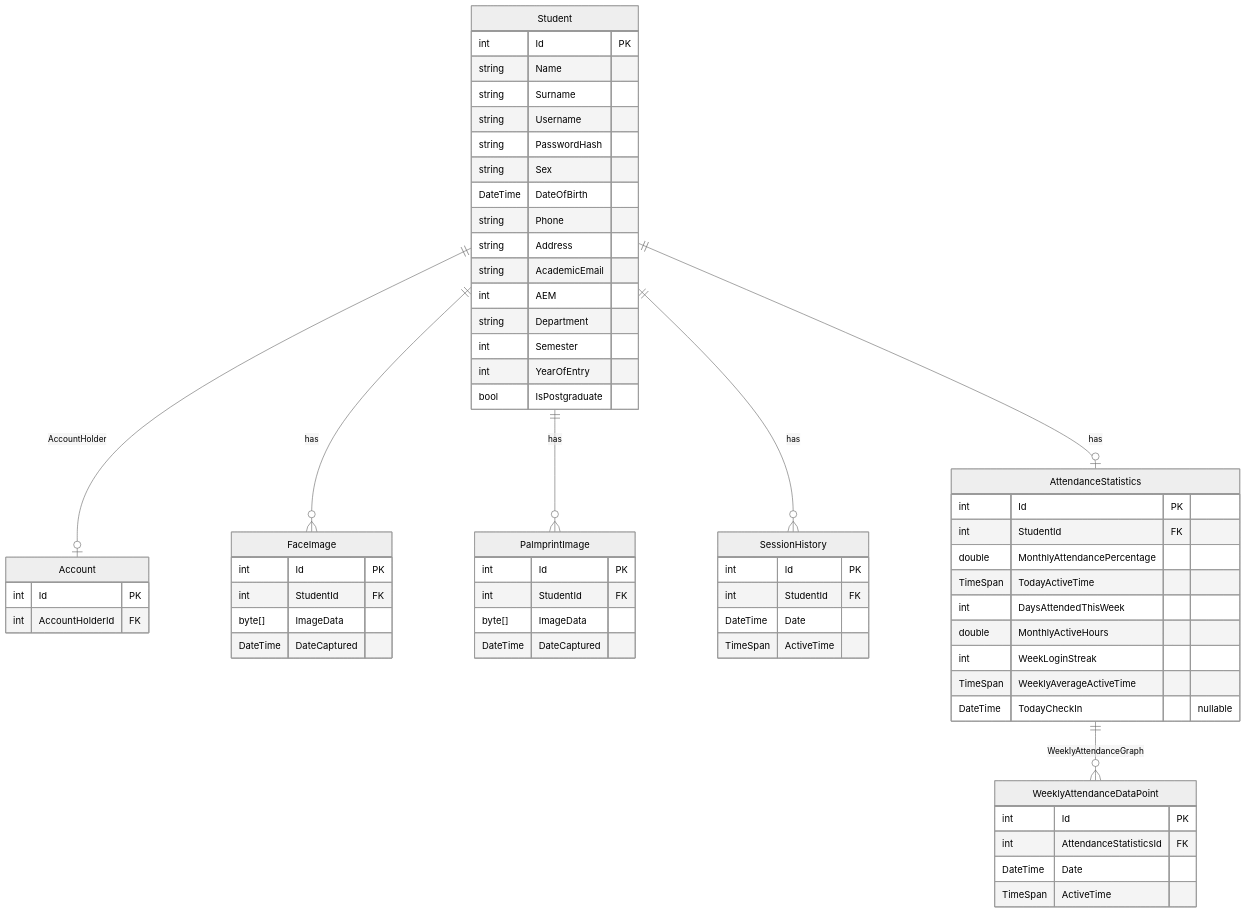
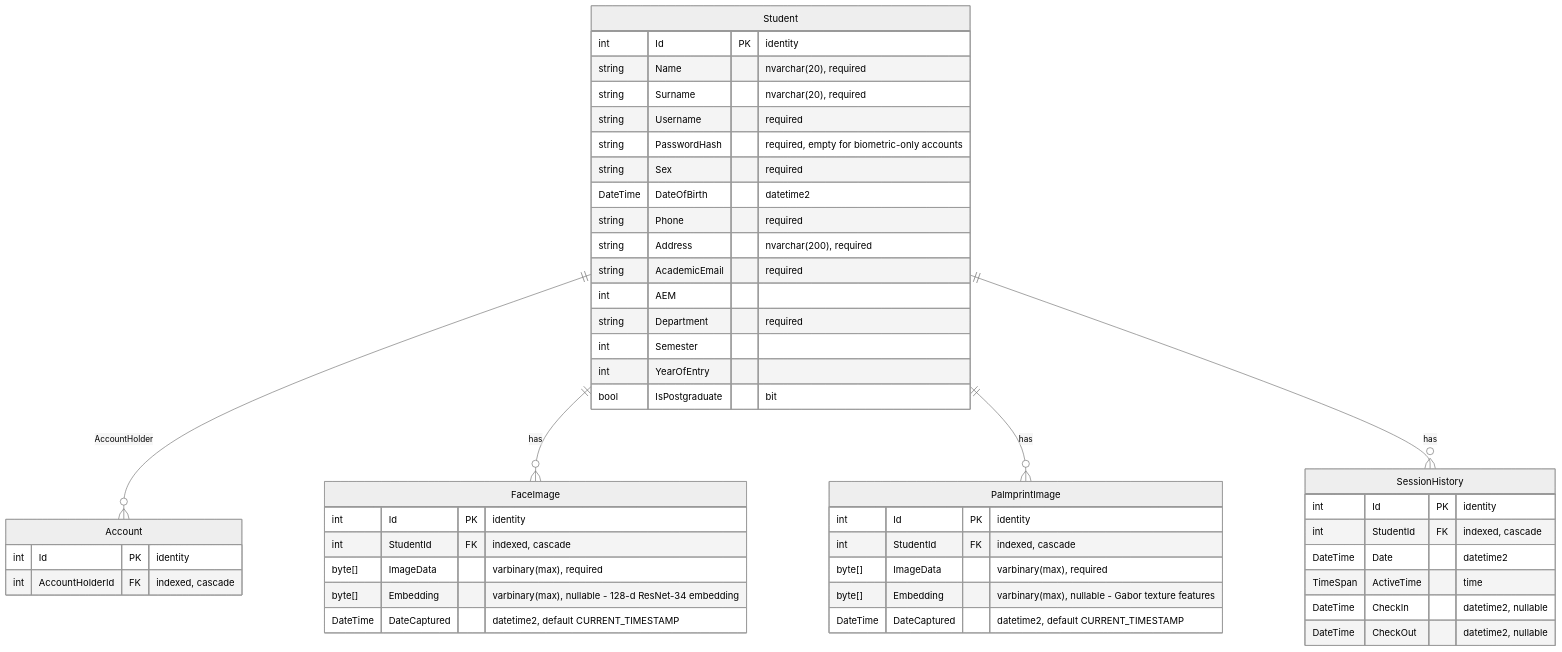
One commit to AristotelisPallasidis/AristotelisThesis changed the first of 2 diagrams in AristotelisThesis.Domain/ERD_README.md. Above: the diagram before and after it, drawn with Mermaid (neutral theme). The commit also changed other lines of this file and 6 other files, not shown here.

````diff
--- a/AristotelisThesis.Domain/ERD_README.md
+++ b/AristotelisThesis.Domain/ERD_README.md
@@ -7,72 +16,55 @@
 ```mermaid
 erDiagram
     Student {
-        int Id PK
-        string Name
-        string Surname
-        string Username
-        string PasswordHash
-        string Sex
-        DateTime DateOfBirth
-        string Phone
-        string Address
-        string AcademicEmail
+        int Id PK "identity"
+        string Name "nvarchar(20), required"
+        string Surname "nvarchar(20), required"
+        string Username "required"
+        string PasswordHash "required, empty for biometric-only accounts"
+        string Sex "required"
+        DateTime DateOfBirth "datetime2"
+        string Phone "required"
+        string Address "nvarchar(200), required"
+        string AcademicEmail "required"
         int AEM
-        string Department
+        string Department "required"
         int Semester
         int YearOfEntry
-        bool IsPostgraduate
+        bool IsPostgraduate "bit"
     }
 
     Account {
-        int Id PK
-        int AccountHolderId FK
+        int Id PK "identity"
+        int AccountHolderId FK "indexed, cascade"
     }
 
     FaceImage {
-        int Id PK
-        int StudentId FK
-        byte[] ImageData
-        DateTime DateCaptured
+        int Id PK "identity"
+        int StudentId FK "indexed, cascade"
+        byte[] ImageData "varbinary(max), required"
+        byte[] Embedding "varbinary(max), nullable - 128-d ResNet-34 embedding"
+        DateTime DateCaptured "datetime2, default CURRENT_TIMESTAMP"
     }
 
     PalmprintImage {
-        int Id PK
-        int StudentId FK
-        byte[] ImageData
-        DateTime DateCaptured
+        int Id PK "identity"
+        int StudentId FK "indexed, cascade"
+        byte[] ImageData "varbinary(max), required"
+        byte[] Embedding "varbinary(max), nullable - Gabor texture features"
+        DateTime DateCaptured "datetime2, default CURRENT_TIMESTAMP"
     }
 
     SessionHistory {
-        int Id PK
-        int StudentId FK
-        DateTime Date
-        TimeSpan ActiveTime
+        int Id PK "identity"
+        int StudentId FK "indexed, cascade"
+        DateTime Date "datetime2"
+        TimeSpan ActiveTime "time"
+        DateTime CheckIn "datetime2, nullable"
+        DateTime CheckOut "datetime2, nullable"
     }
 
-    AttendanceStatistics {
-        int Id PK
-        int StudentId FK
-        double MonthlyAttendancePercentage
-        TimeSpan TodayActiveTime
-        int DaysAttendedThisWeek
-        double MonthlyActiveHours
-        int WeekLoginStreak
-        TimeSpan WeeklyAverageActiveTime
-        DateTime TodayCheckIn "nullable"
-    }
-
-    WeeklyAttendanceDataPoint {
-        int Id PK
-        int AttendanceStatisticsId FK
-        DateTime Date
-        TimeSpan ActiveTime
-    }
-
-    Student ||--o| Account : "AccountHolder"
+    Student ||--o{ Account : "AccountHolder"
     Student ||--o{ FaceImage : "has"
     Student ||--o{ PalmprintImage : "has"
     Student ||--o{ SessionHistory : "has"
-    Student ||--o| AttendanceStatistics : "has"
-    AttendanceStatistics ||--o{ WeeklyAttendanceDataPoint : "WeeklyAttendanceGraph"
 ```
````
